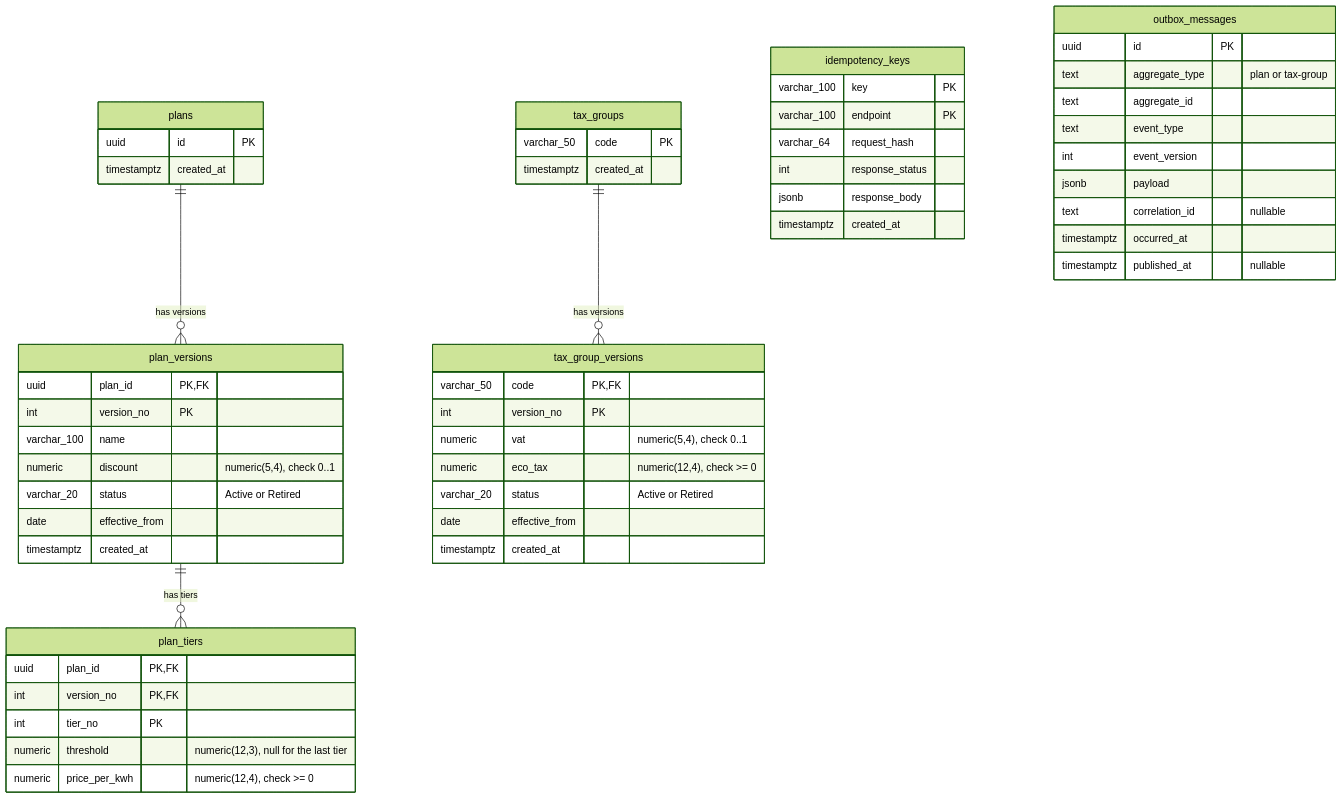
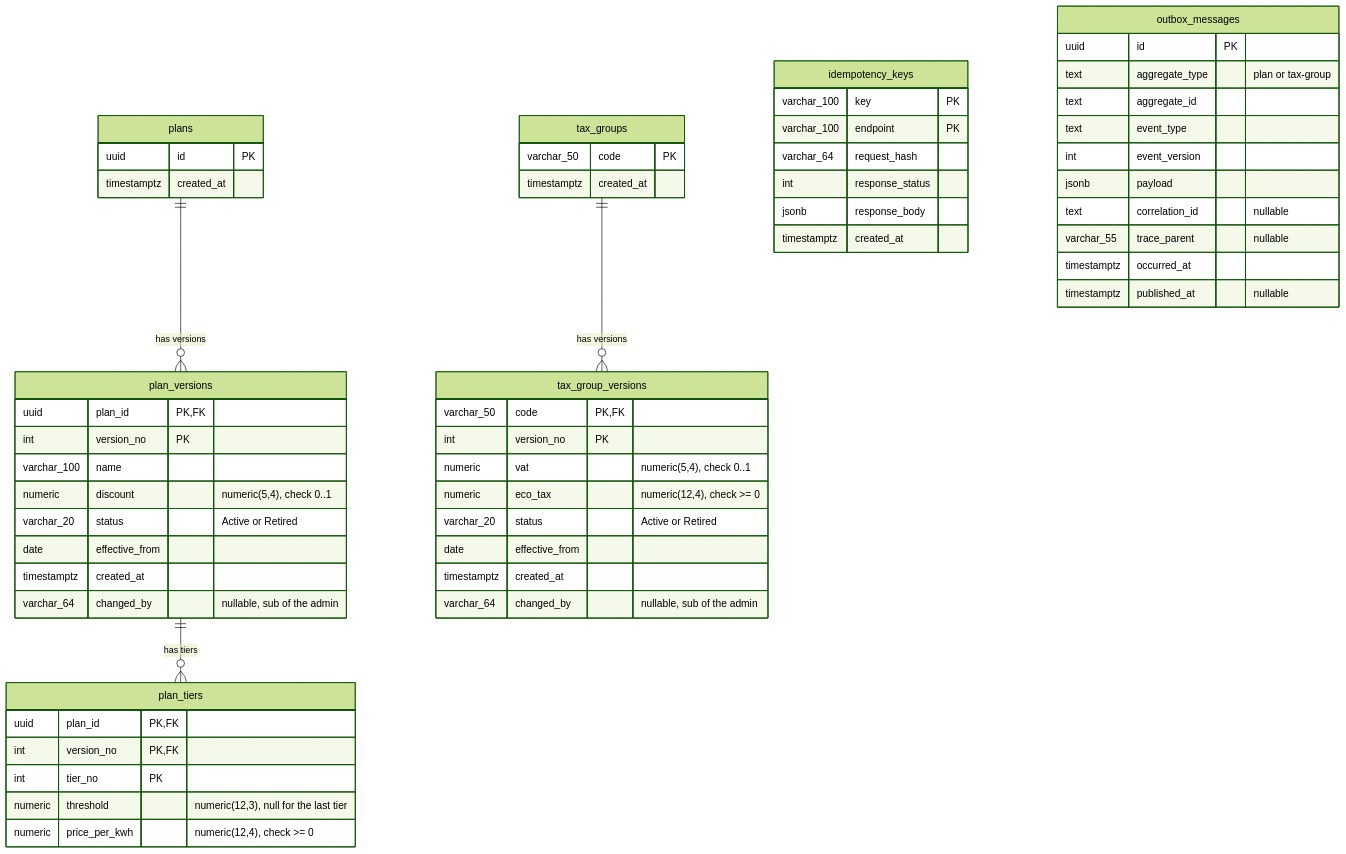
The first of 3 diagrams in docs/architecture/data-model.md (bratsale/gridwise), drawn with Mermaid (forest theme) before and after one commit. The commit also changed other lines of this file and 1 other file, not shown here.

Commit message:
docs: update data model and flows for identity, gateway and replay

````diff
--- a/docs/architecture/data-model.md
+++ b/docs/architecture/data-model.md
@@ -13,59 +13,62 @@
 ```mermaid
 erDiagram
     plans ||--o{ plan_versions : "has versions"
     plan_versions ||--o{ plan_tiers : "has tiers"
     tax_groups ||--o{ tax_group_versions : "has versions"
 
     plans {
         uuid id PK
         timestamptz created_at
     }
     plan_versions {
         uuid plan_id PK, FK
         int version_no PK
         varchar_100 name
         numeric discount "numeric(5,4), check 0..1"
         varchar_20 status "Active or Retired"
         date effective_from
         timestamptz created_at
+        varchar_64 changed_by "nullable, sub of the admin"
     }
     plan_tiers {
         uuid plan_id PK, FK
         int version_no PK, FK
         int tier_no PK
         numeric threshold "numeric(12,3), null for the last tier"
         numeric price_per_kwh "numeric(12,4), check >= 0"
     }
     tax_groups {
         varchar_50 code PK
         timestamptz created_at
     }
     tax_group_versions {
         varchar_50 code PK, FK
         int version_no PK
         numeric vat "numeric(5,4), check 0..1"
         numeric eco_tax "numeric(12,4), check >= 0"
         varchar_20 status "Active or Retired"
         date effective_from
         timestamptz created_at
+        varchar_64 changed_by "nullable, sub of the admin"
     }
     idempotency_keys {
         varchar_100 key PK
         varchar_100 endpoint PK
         varchar_64 request_hash
         int response_status
         jsonb response_body
         timestamptz created_at
     }
     outbox_messages {
         uuid id PK
         text aggregate_type "plan or tax-group"
         text aggregate_id
         text event_type
         int event_version
         jsonb payload
         text correlation_id "nullable"
+        varchar_55 trace_parent "nullable"
         timestamptz occurred_at
         timestamptz published_at "nullable"
     }
 ```
````
